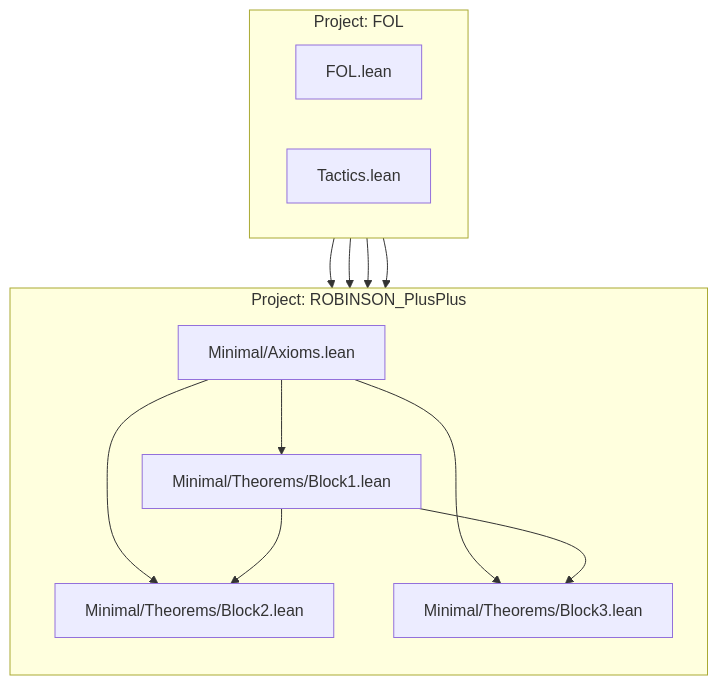
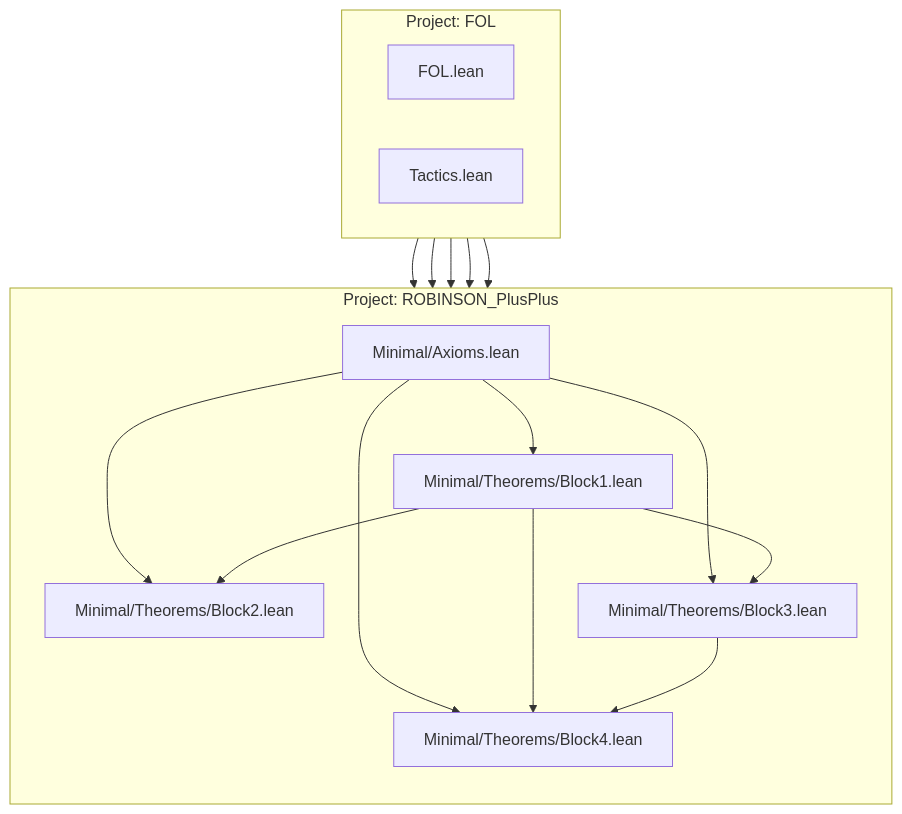
The first of 2 diagrams in DEPENDENCIES.md (julian1c2a/ROBINSON_PlusPlus), drawn with Mermaid before and after one commit. The commit also changed 5 other files, not shown here.

````diff
--- a/DEPENDENCIES.md
+++ b/DEPENDENCIES.md
@@ -22,26 +22,31 @@
 ```mermaid
 graph TD
     subgraph "Project: FOL"
         direction LR
         FOL_FOL["FOL.lean"]
         FOL_Tactics["Tactics.lean"]
     end
 
     subgraph "Project: ROBINSON_PlusPlus"
         direction TB
         Axioms["Minimal/Axioms.lean"]
         Block1["Minimal/Theorems/Block1.lean"]
         Block2["Minimal/Theorems/Block2.lean"]
         Block3["Minimal/Theorems/Block3.lean"]
+        Block4["Minimal/Theorems/Block4.lean"]
     end
 
     FOL_FOL --> Axioms
     Axioms --> Block1
     Axioms --> Block2
     Axioms --> Block3
+    Axioms --> Block4
     Block1 --> Block2
     Block1 --> Block3
+    Block1 --> Block4
+    Block3 --> Block4
     FOL_Tactics --> Block1
     FOL_Tactics --> Block2
     FOL_Tactics --> Block3
+    FOL_Tactics --> Block4
 ```
````
